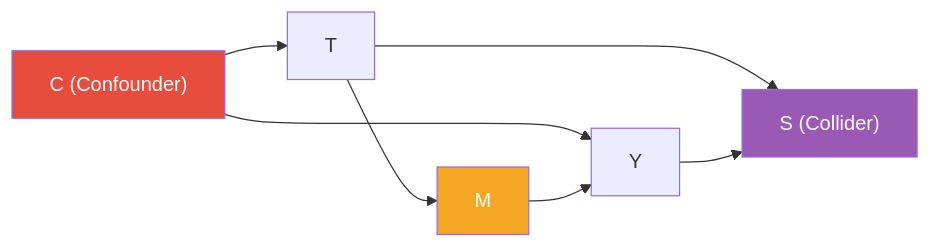
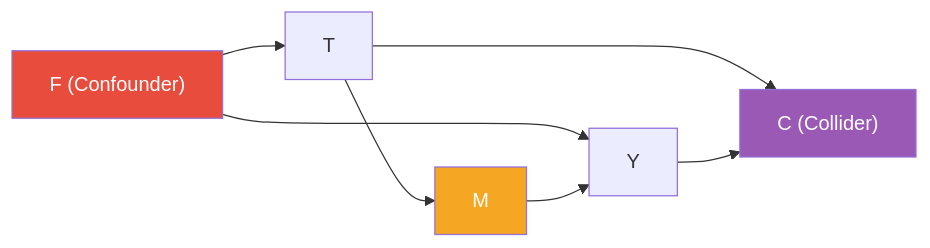
One commit to tbluemlein/causalinference changed the fifth of 6 diagrams in tutorial/2_2_graphical_models.md. Above: the diagram before and after it, drawn with Mermaid. The commit also changed other lines of this file and 7 other files, not shown here.

````diff
--- a/tutorial/2_2_graphical_models.md
+++ b/tutorial/2_2_graphical_models.md
@@ -177,11 +177,11 @@
 ```{mermaid}
 graph LR
-    C["C (Confounder)"] --> T
-    C --> Y
+    F["F (Confounder)"] --> T
+    F --> Y
     T --> M --> Y
-    T --> S["S (Collider)"]
-    Y --> S
-    style C fill:#e74c3c,color:#fff
-    style S fill:#9b59b6,color:#fff
+    T --> C["C (Collider)"]
+    Y --> C
+    style F fill:#e74c3c,color:#fff
+    style C fill:#9b59b6,color:#fff
     style M fill:#f5a623,color:#fff
 ```
````
